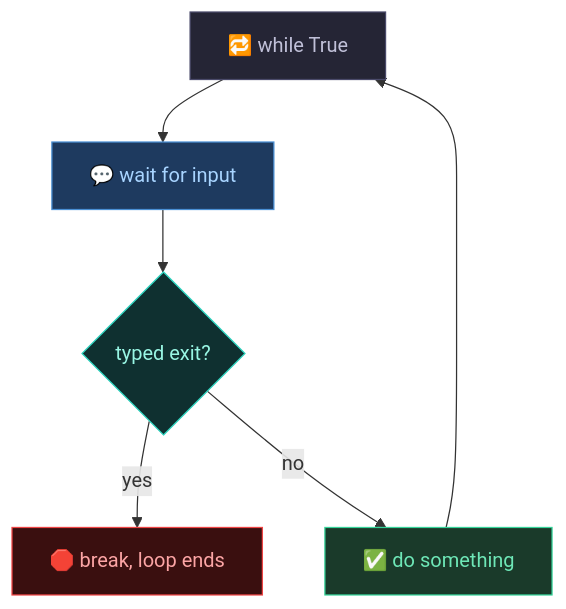
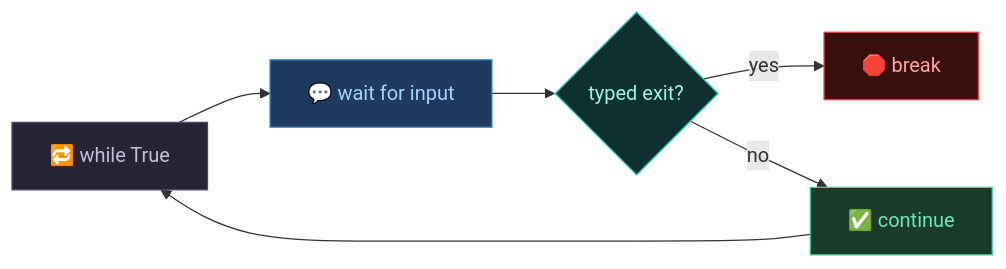
One commit to abdulsamadxai/02_Python_Basics_Guide changed the second of 3 diagrams in README.md. Above: the diagram before and after it, drawn with Mermaid. The commit also changed other lines of this file, not shown here.

````diff
--- a/README.md
+++ b/README.md
@@ -441,12 +236,12 @@
 ```mermaid
-flowchart TD
-    START["🔁 while True"]:::gray --> WAIT["💬 wait for input"]:::blue --> CHECK{"typed exit?"}:::teal
-    CHECK -->|yes| STOP["🛑 break, loop ends"]:::red
-    CHECK -->|no| DO["✅ do something"]:::green --> START
+flowchart LR
+    A["🔁 while True"]:::gray --> B["💬 wait for input"]:::blue --> C{"typed exit?"}:::teal
+    C -->|yes| D["🛑 break"]:::red
+    C -->|no| E["✅ continue"]:::green --> A
 
     classDef gray fill:#252535,stroke:#4a4a6a,color:#c0c0d8
     classDef blue fill:#1e3a5f,stroke:#4a8fd4,color:#a8d4ff
     classDef teal fill:#0f3030,stroke:#2dd4bf,color:#99f6e4
     classDef red fill:#3a0f0f,stroke:#ef4444,color:#fca5a5
     classDef green fill:#1a3a2a,stroke:#34d399,color:#6ee7b7
 ```
````
